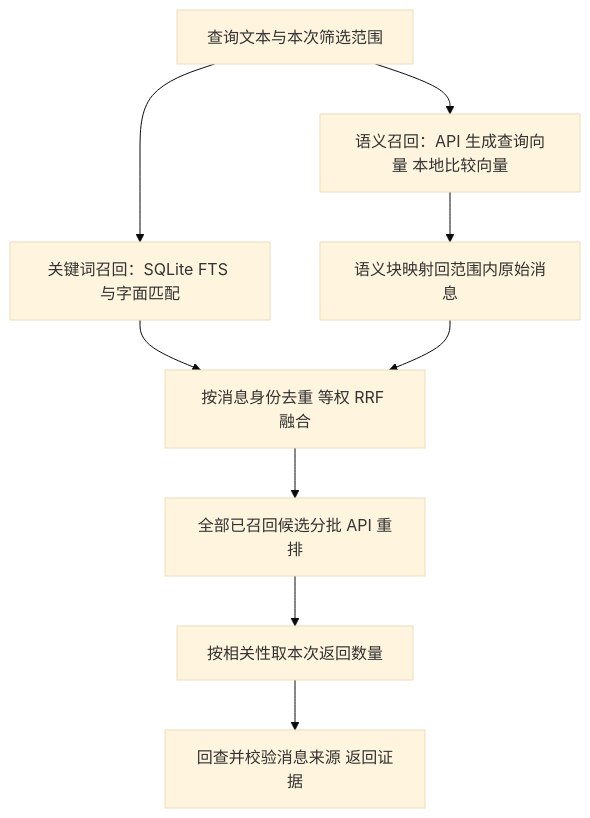
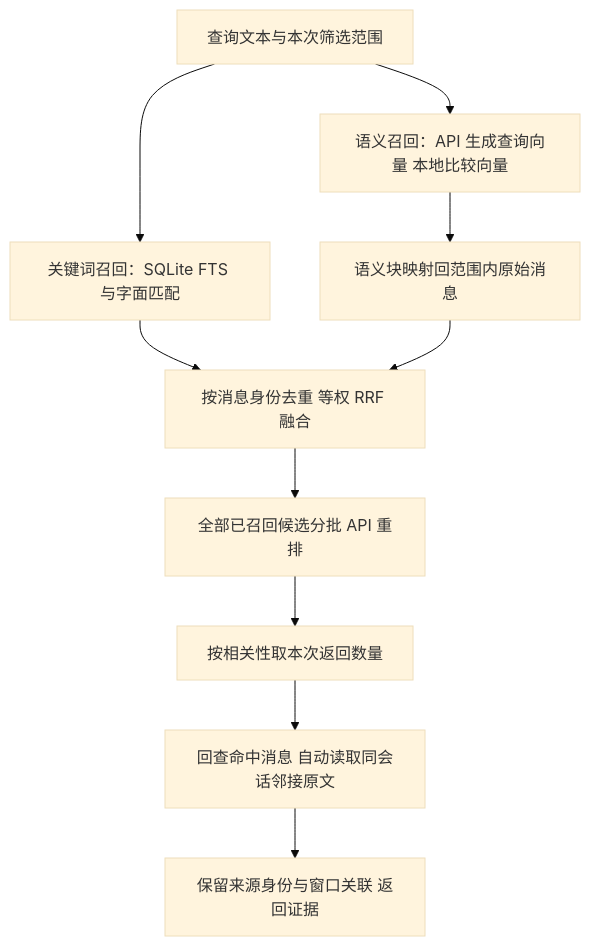
Before and after one commit to Fongkai777/wechat-agent: the third of 5 diagrams in docs/EXECUTION_FLOWS.zh-CN.md, drawn with Mermaid (base theme). The commit also changed other lines of this file and 40 other files, not shown here.

````diff
--- a/docs/EXECUTION_FLOWS.zh-CN.md
+++ b/docs/EXECUTION_FLOWS.zh-CN.md
@@ -98,11 +106,12 @@
 ```mermaid
 flowchart TD
     A[查询文本与本次筛选范围] --> B[语义召回：API 生成查询向量 本地比较向量]
     A --> C[关键词召回：SQLite FTS 与字面匹配]
     B --> D[语义块映射回范围内原始消息]
     C --> E[按消息身份去重 等权 RRF 融合]
     D --> E
     E --> F[全部已召回候选分批 API 重排]
     F --> G[按相关性取本次返回数量]
-    G --> H[回查并校验消息来源 返回证据]
+    G --> H[回查命中消息 自动读取同会话邻接原文]
+    H --> I[保留来源身份与窗口关联 返回证据]
 ```
````
